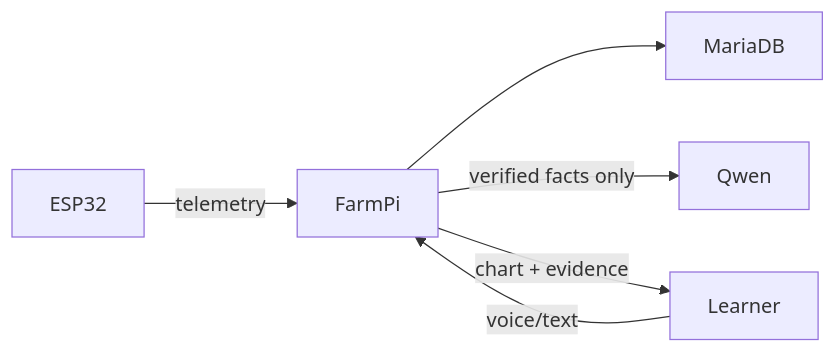
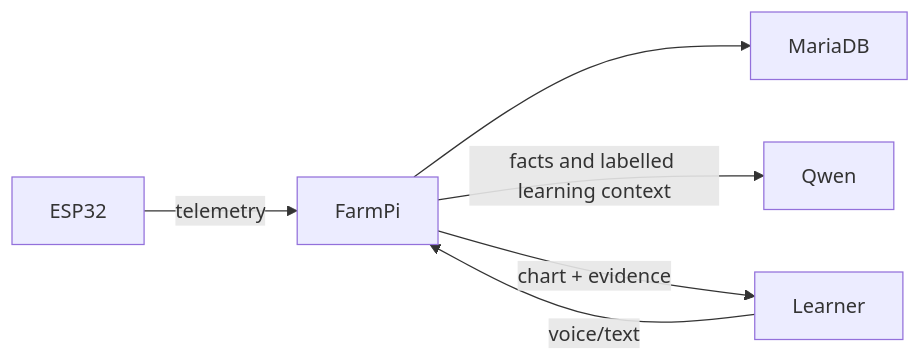
Before and after one commit to w0rmy/farmpi: the diagram in docs/diagrams/README.md, drawn with Mermaid. The commit also changed 22 other files, not shown here.

````diff
--- a/docs/diagrams/README.md
+++ b/docs/diagrams/README.md
@@ -22,8 +22,8 @@
 ```mermaid
 flowchart LR
   ESP32 -->|telemetry| FarmPi
   Learner -->|voice/text| FarmPi
   FarmPi --> MariaDB
-  FarmPi -->|verified facts only| Qwen
+  FarmPi -->|facts and labelled learning context| Qwen
   FarmPi -->|chart + evidence| Learner
 ```
````
